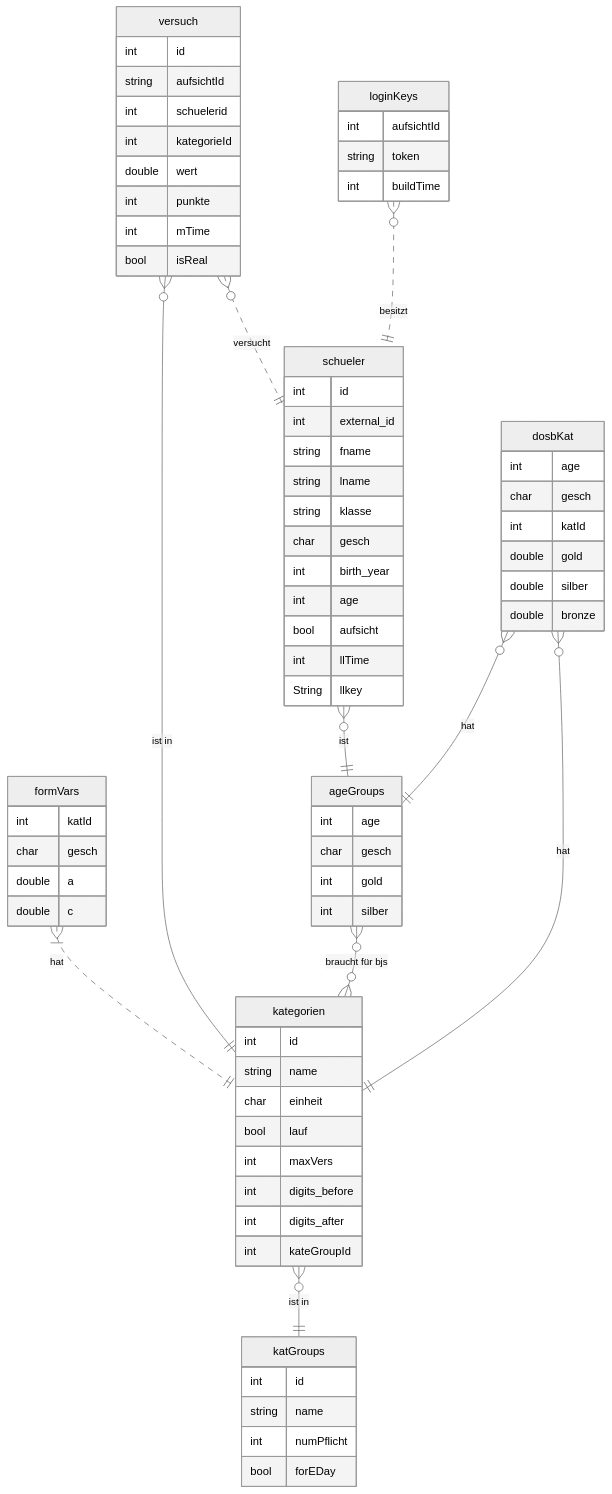
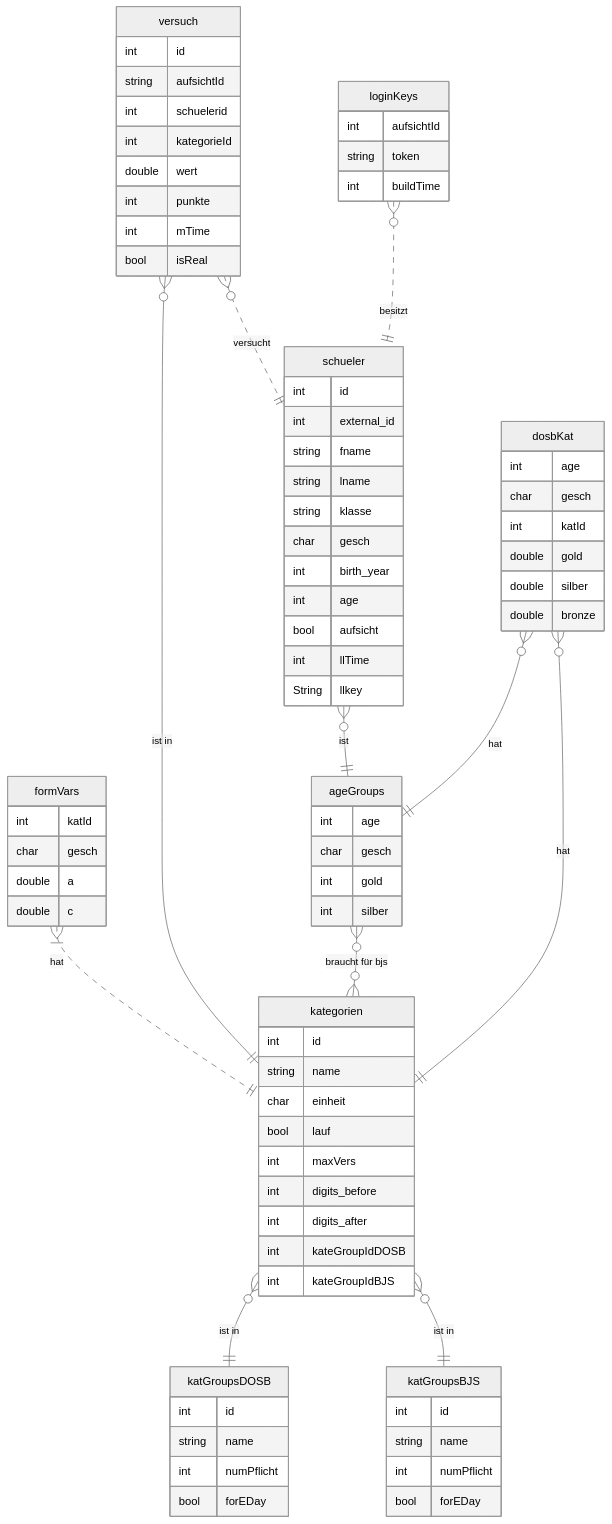
One commit to Hydra-Technologies/emotionLib changed the first of 2 diagrams in doc/architecture.md. Above: the diagram before and after it, drawn with Mermaid (neutral theme). The commit also changed 28 other files, not shown here.

Commit message:
add different katGroups for BJS and DOSB

````diff
--- a/doc/architecture.md
+++ b/doc/architecture.md
@@ -8,12 +8,20 @@
 ```mermaid
 erDiagram
 
-    katGroups{
+    katGroupsDOSB{
         int id
         string name
         int numPflicht
         bool forEDay
     }
+    
+    katGroupsBJS{
+        int id
+        string name
+        int numPflicht
+        bool forEDay
+    }
+
     kategorien{
         int id
         string name
@@ -22,7 +30,8 @@
         int maxVers
         int digits_before
         int digits_after
-        int kateGroupId
+        int kateGroupIdDOSB
+        int kateGroupIdBJS
     }
 
     formVars{
@@ -79,7 +88,8 @@
         int buildTime
     }
 
-    kategorien }o--|| katGroups : "ist in"
+    kategorien }o--|| katGroupsDOSB : "ist in"
+    kategorien }o--|| katGroupsBJS : "ist in"
     formVars }|..|| kategorien : "hat"
     schueler }o--|| ageGroups : "ist"
     versuch }o..|| schueler : versucht
````
